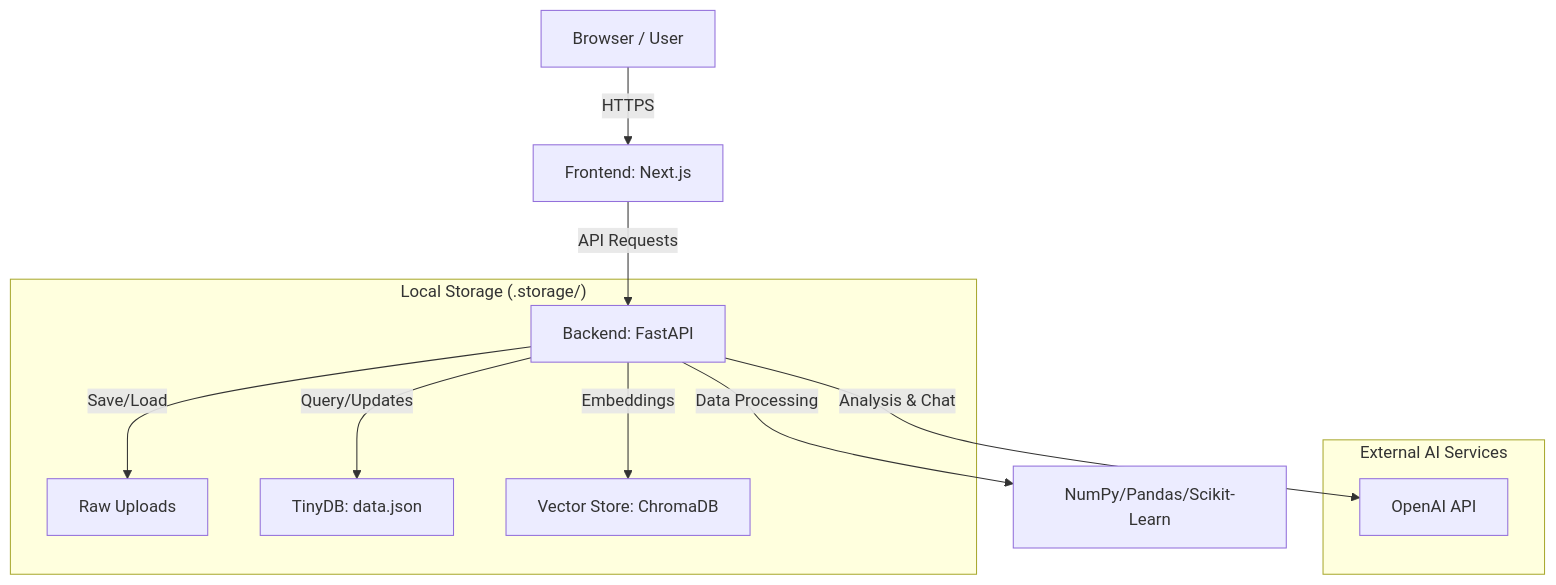
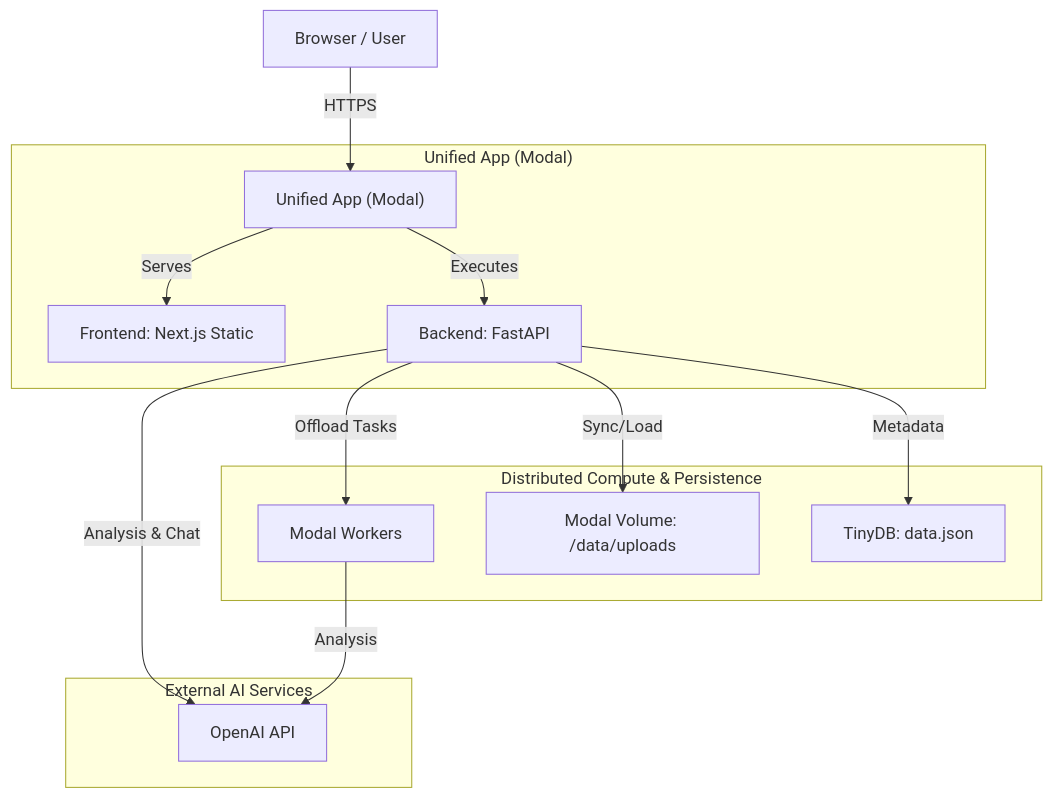
Before and after one commit to kyawzinIT99/Data-Science: the diagram in USERMANUAL.md, drawn with Mermaid. The commit also changed other lines of this file and 1 other file, not shown here.

Commit message:
docs: Update user manual with cloud hosting and establishing update workflow

````diff
--- a/USERMANUAL.md
+++ b/USERMANUAL.md
@@ -9,17 +9,20 @@
 ```mermaid
 graph TD
-    Client[Browser / User] -->|HTTPS| Frontend[Frontend: Next.js]
-    Frontend -->|API Requests| Backend[Backend: FastAPI]
+    Client[Browser / User] -->|HTTPS| UnifiedApp["Unified App (Modal)"]
     
-    subgraph "Local Storage (.storage/)"
-        Backend -->|Save/Load| Files[Raw Uploads]
-        Backend -->|Query/Updates| DB[TinyDB: data.json]
-        Backend -->|Embeddings| VS[Vector Store: ChromaDB]
+    subgraph "Unified App (Modal)"
+        UnifiedApp -->|Serves| Frontend[Frontend: Next.js Static]
+        UnifiedApp -->|Executes| Backend[Backend: FastAPI]
+    end
+    
+    subgraph "Distributed Compute & Persistence"
+        Backend -->|Offload Tasks| Workers[Modal Workers]
+        Backend -->|Sync/Load| Vol["Modal Volume: /data/uploads"]
+        Backend -->|Metadata| DB[TinyDB: data.json]
     end
     
     subgraph "External AI Services"
         Backend -->|Analysis & Chat| OpenAI[OpenAI API]
+        Workers -->|Analysis| OpenAI
     end
-    
-    Backend -->|Data Processing| DS[NumPy/Pandas/Scikit-Learn]
 ```
````
